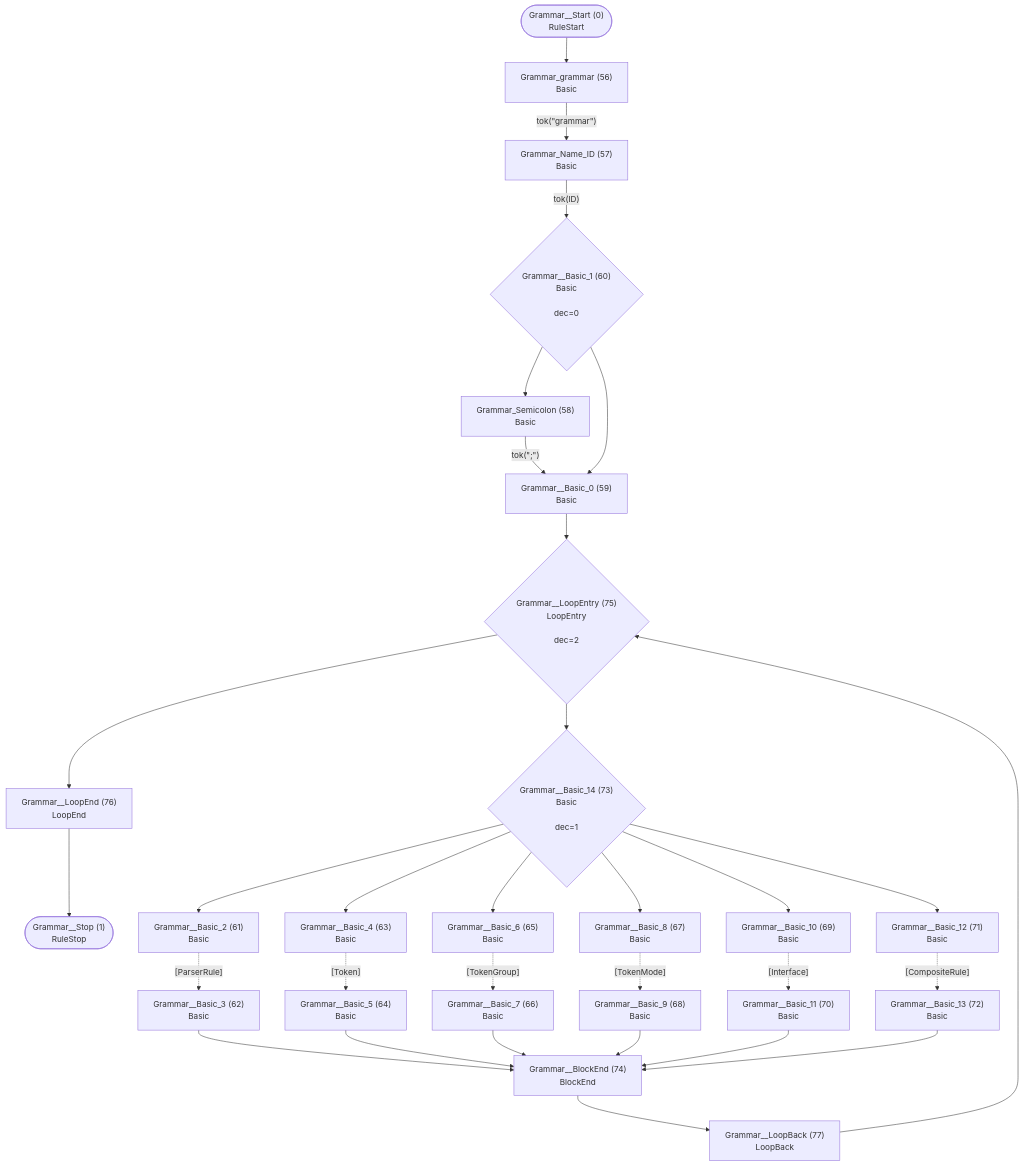
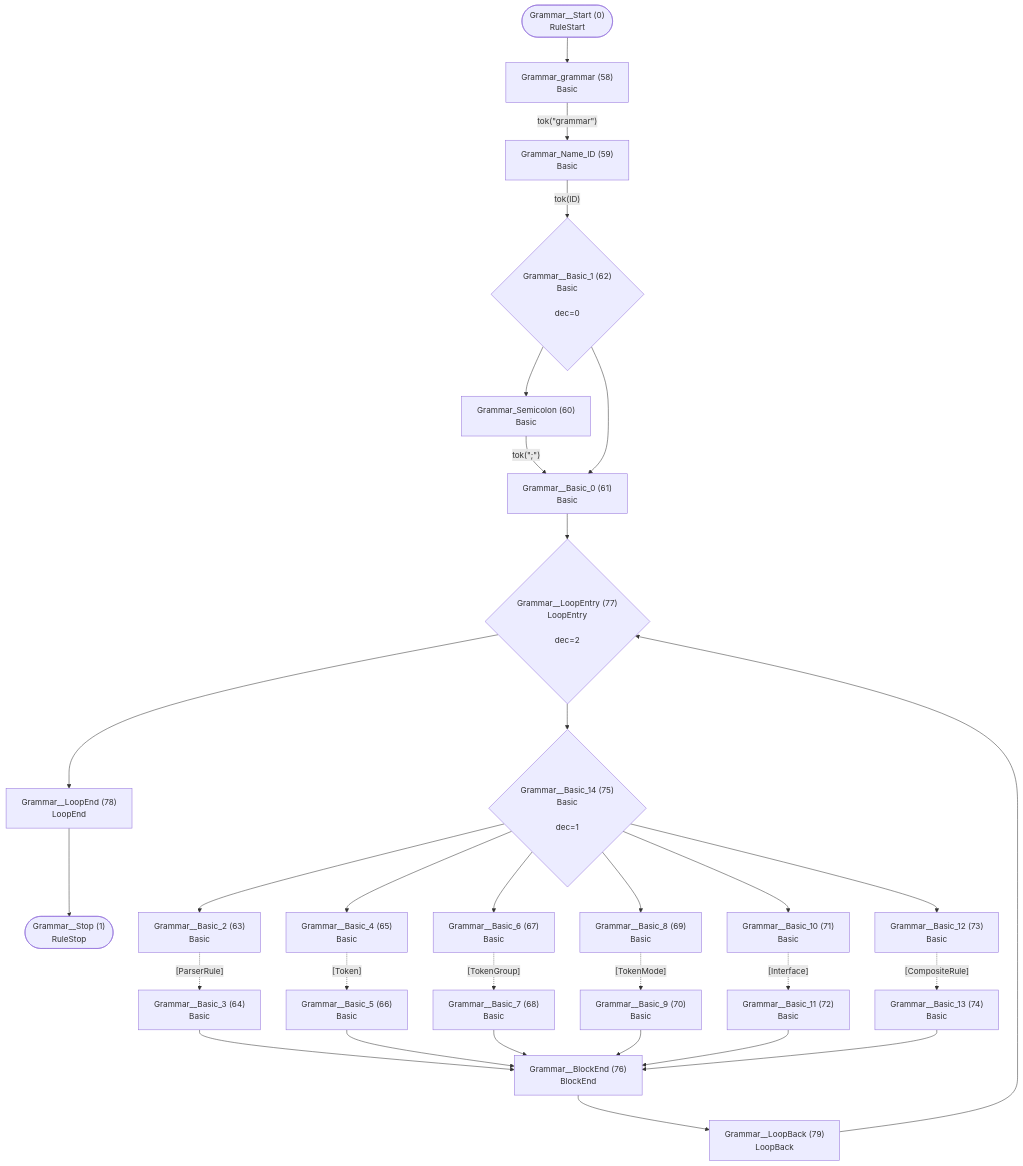
One commit to TypeFox/fastbelt changed the first of 29 diagrams in internal/grammar/atn.md. Above: the diagram before and after it, drawn with Mermaid. The commit also changed other lines of this file and 13 other files, not shown here.

````diff
--- a/internal/grammar/atn.md
+++ b/internal/grammar/atn.md
@@ -5,58 +5,58 @@
 ```mermaid
 flowchart TD
     q0(["Grammar__Start (0)<br/>RuleStart"])
     q1(["Grammar__Stop (1)<br/>RuleStop"])
-    q56["Grammar_grammar (56)<br/>Basic<br/>"]
-    q57["Grammar_Name_ID (57)<br/>Basic<br/>"]
-    q58["Grammar_Semicolon (58)<br/>Basic<br/>"]
-    q59["Grammar__Basic_0 (59)<br/>Basic<br/>"]
-    q60{"Grammar__Basic_1 (60)<br/>Basic<br/><br/>dec=0"}
-    q61["Grammar__Basic_2 (61)<br/>Basic<br/>"]
-    q62["Grammar__Basic_3 (62)<br/>Basic<br/>"]
-    q63["Grammar__Basic_4 (63)<br/>Basic<br/>"]
-    q64["Grammar__Basic_5 (64)<br/>Basic<br/>"]
-    q65["Grammar__Basic_6 (65)<br/>Basic<br/>"]
-    q66["Grammar__Basic_7 (66)<br/>Basic<br/>"]
-    q67["Grammar__Basic_8 (67)<br/>Basic<br/>"]
-    q68["Grammar__Basic_9 (68)<br/>Basic<br/>"]
-    q69["Grammar__Basic_10 (69)<br/>Basic<br/>"]
-    q70["Grammar__Basic_11 (70)<br/>Basic<br/>"]
-    q71["Grammar__Basic_12 (71)<br/>Basic<br/>"]
-    q72["Grammar__Basic_13 (72)<br/>Basic<br/>"]
-    q73{"Grammar__Basic_14 (73)<br/>Basic<br/><br/>dec=1"}
-    q74["Grammar__BlockEnd (74)<br/>BlockEnd<br/>"]
-    q75{"Grammar__LoopEntry (75)<br/>LoopEntry<br/><br/>dec=2"}
-    q76["Grammar__LoopEnd (76)<br/>LoopEnd<br/>"]
-    q77["Grammar__LoopBack (77)<br/>LoopBack<br/>"]
+    q58["Grammar_grammar (58)<br/>Basic<br/>"]
+    q59["Grammar_Name_ID (59)<br/>Basic<br/>"]
+    q60["Grammar_Semicolon (60)<br/>Basic<br/>"]
+    q61["Grammar__Basic_0 (61)<br/>Basic<br/>"]
+    q62{"Grammar__Basic_1 (62)<br/>Basic<br/><br/>dec=0"}
+    q63["Grammar__Basic_2 (63)<br/>Basic<br/>"]
+    q64["Grammar__Basic_3 (64)<br/>Basic<br/>"]
+    q65["Grammar__Basic_4 (65)<br/>Basic<br/>"]
+    q66["Grammar__Basic_5 (66)<br/>Basic<br/>"]
+    q67["Grammar__Basic_6 (67)<br/>Basic<br/>"]
+    q68["Grammar__Basic_7 (68)<br/>Basic<br/>"]
+    q69["Grammar__Basic_8 (69)<br/>Basic<br/>"]
+    q70["Grammar__Basic_9 (70)<br/>Basic<br/>"]
+    q71["Grammar__Basic_10 (71)<br/>Basic<br/>"]
+    q72["Grammar__Basic_11 (72)<br/>Basic<br/>"]
+    q73["Grammar__Basic_12 (73)<br/>Basic<br/>"]
+    q74["Grammar__Basic_13 (74)<br/>Basic<br/>"]
+    q75{"Grammar__Basic_14 (75)<br/>Basic<br/><br/>dec=1"}
+    q76["Grammar__BlockEnd (76)<br/>BlockEnd<br/>"]
+    q77{"Grammar__LoopEntry (77)<br/>LoopEntry<br/><br/>dec=2"}
+    q78["Grammar__LoopEnd (78)<br/>LoopEnd<br/>"]
+    q79["Grammar__LoopBack (79)<br/>LoopBack<br/>"]
 
-    q0 --> q56
-    q56 -->|"tok(&quot;grammar&quot;)"| q57
-    q57 -->|"tok(ID)"| q60
-    q58 -->|"tok(&quot;;&quot;)"| q59
-    q59 --> q75
-    q60 --> q58
-    q60 --> q59
-    q61 -.->|"[ParserRule]"| q62
-    q62 --> q74
-    q63 -.->|"[Token]"| q64
-    q64 --> q74
-    q65 -.->|"[TokenGroup]"| q66
-    q66 --> q74
-    q67 -.->|"[TokenMode]"| q68
-    q68 --> q74
-    q69 -.->|"[Interface]"| q70
-    q70 --> q74
-    q71 -.->|"[CompositeRule]"| q72
-    q72 --> q74
-    q73 --> q61
-    q73 --> q63
-    q73 --> q65
-    q73 --> q67
-    q73 --> q69
-    q73 --> q71
-    q74 --> q77
+    q0 --> q58
+    q58 -->|"tok(&quot;grammar&quot;)"| q59
+    q59 -->|"tok(ID)"| q62
+    q60 -->|"tok(&quot;;&quot;)"| q61
+    q61 --> q77
+    q62 --> q60
+    q62 --> q61
+    q63 -.->|"[ParserRule]"| q64
+    q64 --> q76
+    q65 -.->|"[Token]"| q66
+    q66 --> q76
+    q67 -.->|"[TokenGroup]"| q68
+    q68 --> q76
+    q69 -.->|"[TokenMode]"| q70
+    q70 --> q76
+    q71 -.->|"[Interface]"| q72
+    q72 --> q76
+    q73 -.->|"[CompositeRule]"| q74
+    q74 --> q76
+    q75 --> q63
+    q75 --> q65
+    q75 --> q67
+    q75 --> q69
+    q75 --> q71
     q75 --> q73
-    q75 --> q76
-    q76 --> q1
+    q76 --> q79
     q77 --> q75
+    q77 --> q78
+    q78 --> q1
+    q79 --> q77
 ```
````
